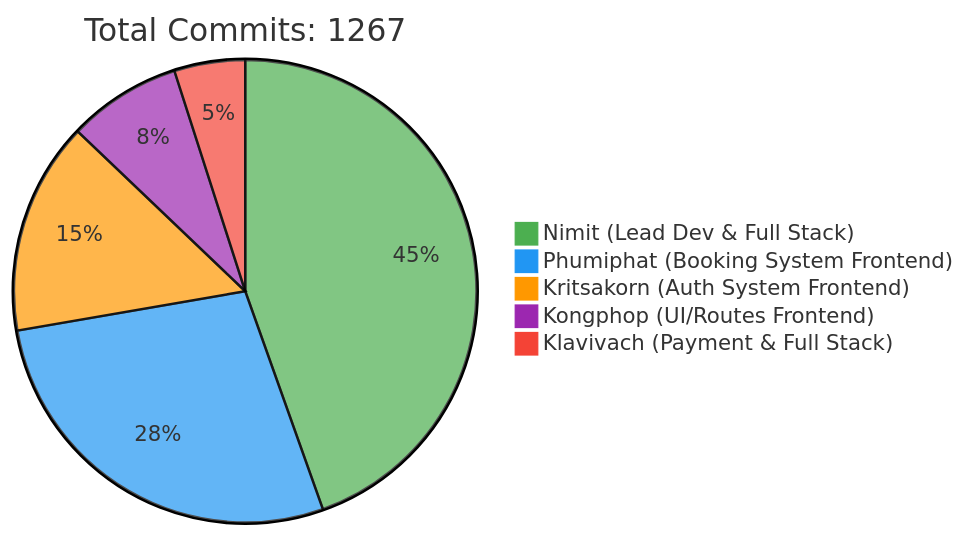
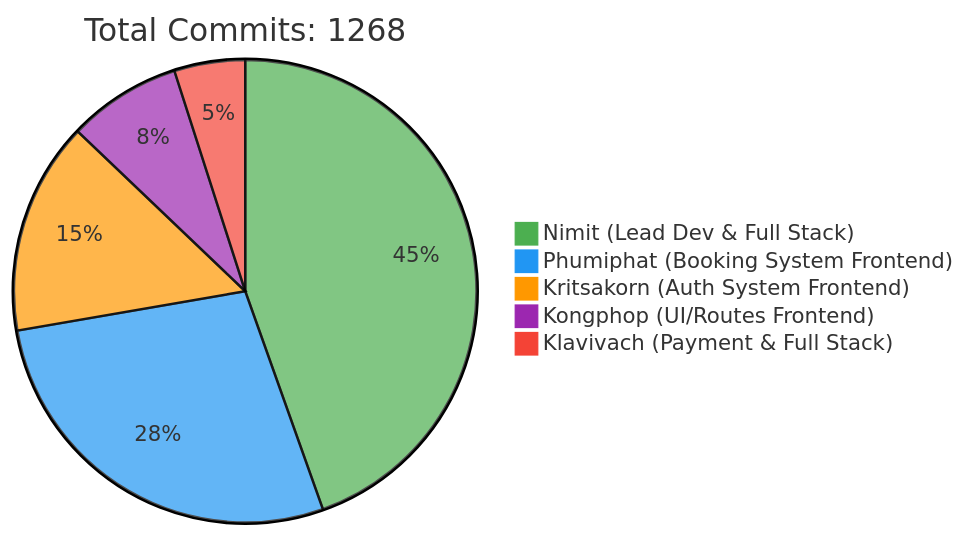
The first of 2 diagrams in README.md (6531503042/Sport-Complex), drawn with Mermaid before and after one commit. The commit also changed other lines of this file, not shown here.

Commit message:
docs: Update contributor statistics [skip ci]

````diff
--- a/README.md
+++ b/README.md
@@ -257,10 +257,10 @@
 ```mermaid
 %%{init: {'theme': 'base', 'themeVariables': { 'pie1': '#4CAF50', 'pie2': '#2196F3', 'pie3': '#FF9800', 'pie4': '#9C27B0', 'pie5': '#F44336'}}}%%
 pie
-    title Total Commits: 1267
+    title Total Commits: 1268
     "Nimit (Lead Dev & Full Stack)" : 450
     "Phumiphat (Booking System Frontend)" : 280
     "Kritsakorn (Auth System Frontend)" : 150
     "Kongphop (UI/Routes Frontend)" : 80
     "Klavivach (Payment & Full Stack)" : 50
 ```
````
